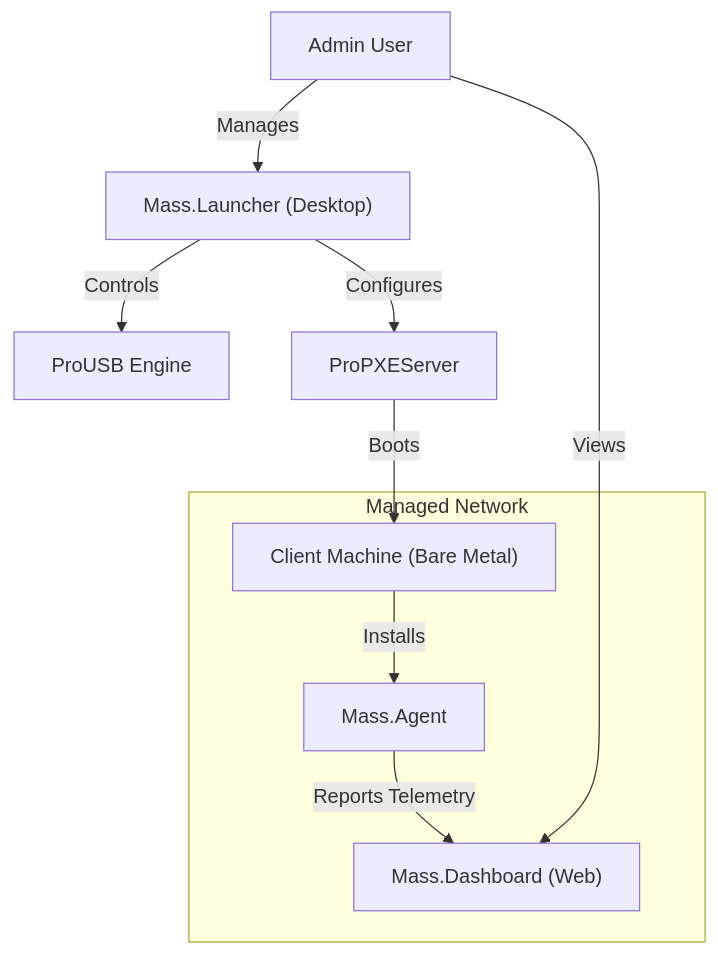
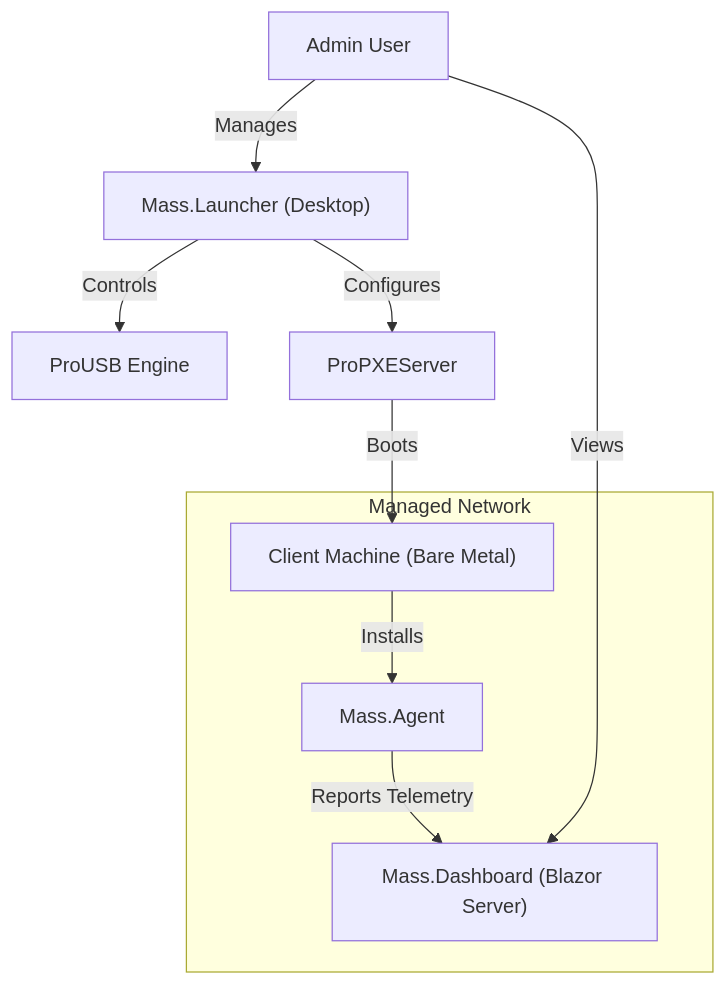
Before and after one commit to tomytate/Mass: the diagram in README.md, drawn with Mermaid. The commit also changed other lines of this file, not shown here.

````diff
--- a/README.md
+++ b/README.md
@@ -86,15 +86,15 @@
 ```mermaid
 graph TD
     User[Admin User] -->|Manages| Launcher["Mass.Launcher (Desktop)"]
-    User -->|Views| Dashboard["Mass.Dashboard (Web)"]
+    User -->|Views| Dashboard["Mass.Dashboard (Blazor Server)"]
     
     Launcher -->|Controls| ProUSB["ProUSB Engine"]
     Launcher -->|Configures| PXE[ProPXEServer]
     
     PXE -->|Boots| ClientPC["Client Machine (Bare Metal)"]
     
     subgraph "Managed Network"
         ClientPC -->|Installs| Agent[Mass.Agent]
         Agent -->|Reports Telemetry| Dashboard
     end
 ```
````
